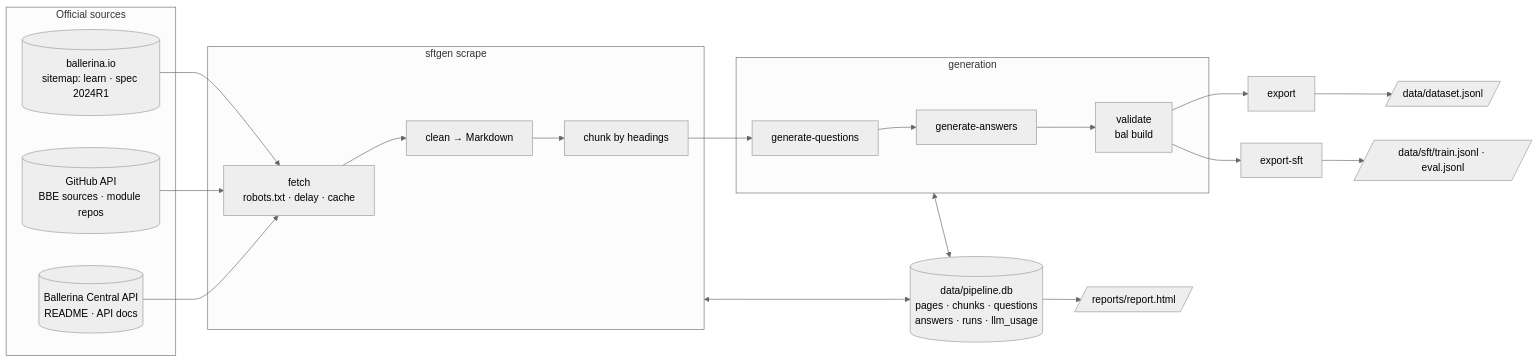
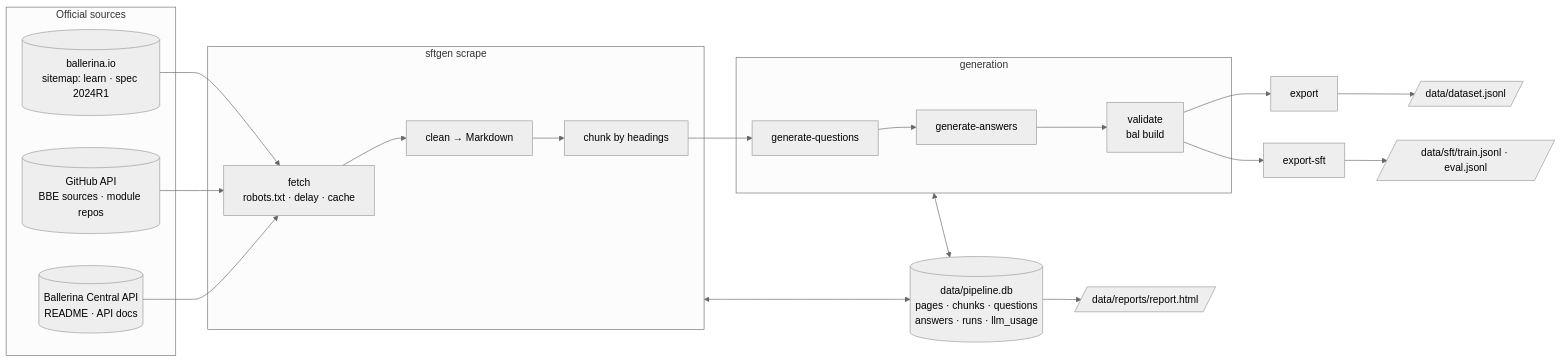
One commit to sajith-jeewantha/ballerina-sft-dataset-pipeline changed the first of 2 diagrams in README.md. Above: the diagram before and after it, drawn with Mermaid (neutral theme). The commit also changed other lines of this file and 14 other files, not shown here.

````diff
--- a/README.md
+++ b/README.md
@@ -42,28 +42,28 @@
 ```mermaid
 flowchart LR
     subgraph SRC["Official sources"]
         IO[("ballerina.io<br/>sitemap: learn · spec 2024R1")]
         GH[("GitHub API<br/>BBE sources · module repos")]
         CEN[("Ballerina Central API<br/>README · API docs")]
     end
 
     subgraph SCRAPE["sftgen scrape"]
         F[fetch<br/>robots.txt · delay · cache] --> C[clean → Markdown] --> K[chunk by headings]
     end
 
     subgraph GEN["generation"]
         Q[generate-questions] --> A[generate-answers] --> V[validate<br/>bal build]
     end
 
     IO & GH & CEN --> F
     K --> Q
     V --> E[export]
     V --> ES[export-sft]
     E --> OUT[/"data/dataset.jsonl"/]
     ES --> SFT[/"data/sft/train.jsonl · eval.jsonl"/]
 
     DB[("data/pipeline.db<br/>pages · chunks · questions<br/>answers · runs · llm_usage")]
     SCRAPE <--> DB
     GEN <--> DB
-    DB --> R[/"reports/report.html"/]
+    DB --> R[/"data/reports/report.html"/]
 ```
````
